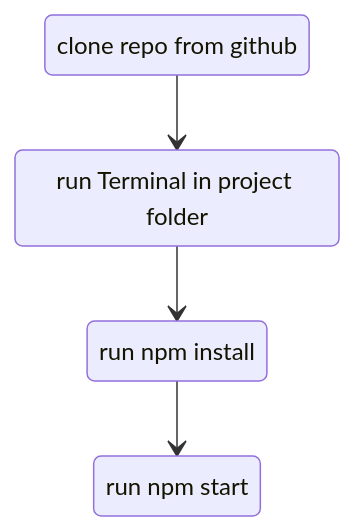
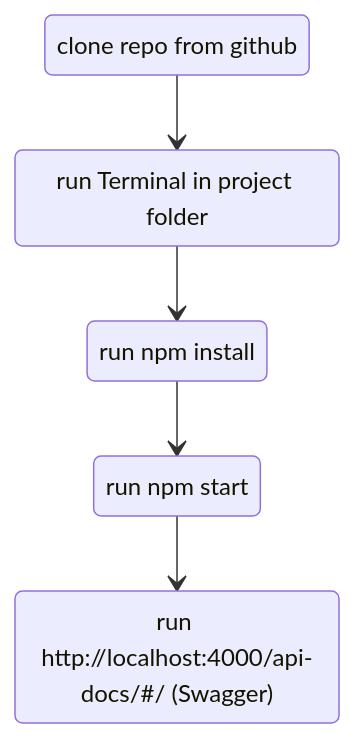
One commit to justdReas/right2drive-backend changed the diagram in README.md. Above: the diagram before and after it, drawn with Mermaid. The commit also changed other lines of this file and 3 other files, not shown here.

````diff
--- a/README.md
+++ b/README.md
@@ -29,10 +64,12 @@
 ```mermaid
 stateDiagram
     A: clone repo from github
     B: run Terminal in project folder
     C: run npm install
     D: run npm start
+    E: run http://localhost:4000/api-docs/#/ (Swagger)
     A --> B
     B --> C
     C --> D
+    D --> E
 ```
````
